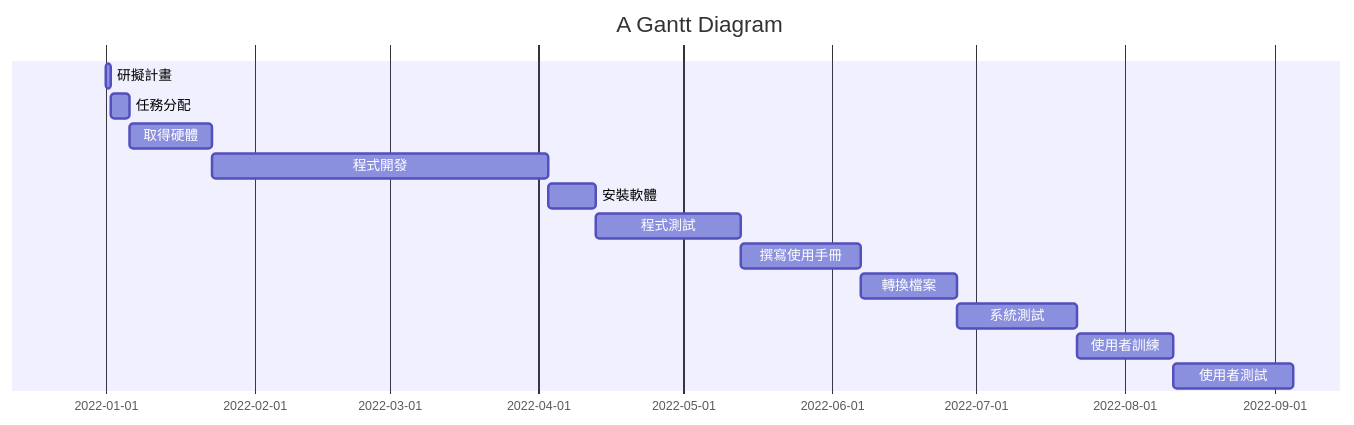
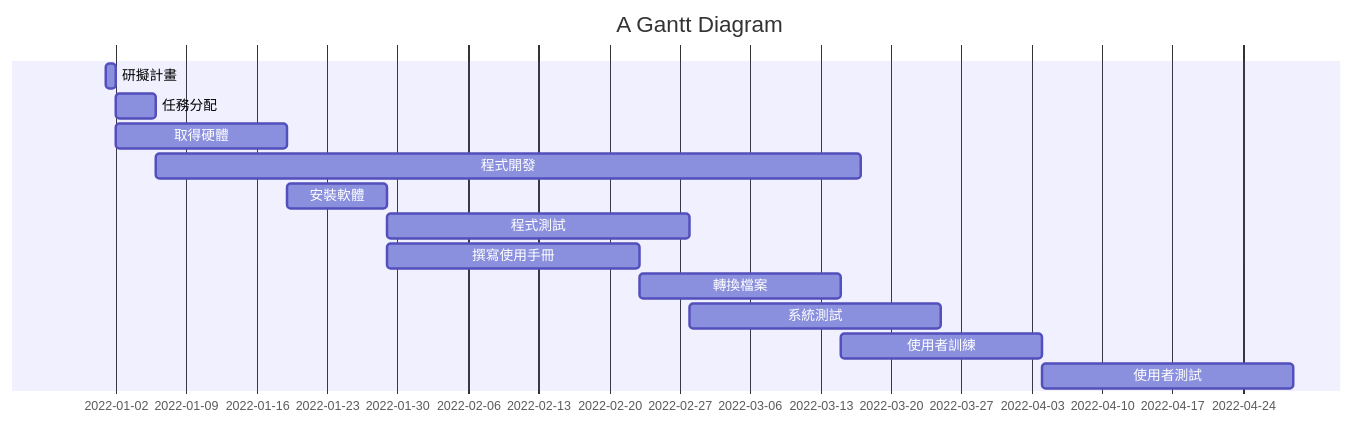
The diagram in hw2.md (yummikawaii1001/2022-3A), drawn with Mermaid before and after one commit. The commit also changed other lines of this file, not shown here.

````diff
--- a/hw2.md
+++ b/hw2.md
@@ -3,17 +3,17 @@
 ```mermaid
 gantt
     title A Gantt Diagram
 
     研擬計畫           :a1 ,2022-01-01, 1d
     任務分配           :a2 ,after a1 ,4d
-    取得硬體           :a3 ,after a2 , 17d
-    程式開發           :a4 ,after a3, 70d
-    安裝軟體           :a5 ,after a4 ,10d
+    取得硬體           :a3 ,after a1 , 17d
+    程式開發           :a4 ,after a2, 70d
+    安裝軟體           :a5 ,after a3 ,10d
     程式測試           :a6 ,after a5 ,30d
-    撰寫使用手冊       :a7 ,after a6 ,25d
+    撰寫使用手冊       :a7 ,after a5 ,25d
     轉換檔案           :a8, after a7,20d
-    系統測試           :a9, after a8,25d
-    使用者訓練         :a10 ,after a9,20d
-    使用者測試         :a11 ,after a10,25d
+    系統測試           :a9, after a6,25d
+    使用者訓練         :a10 ,after a7 a8,20d
+    使用者測試         :a11 ,after  a9 a10,25d
     
 ```
````
